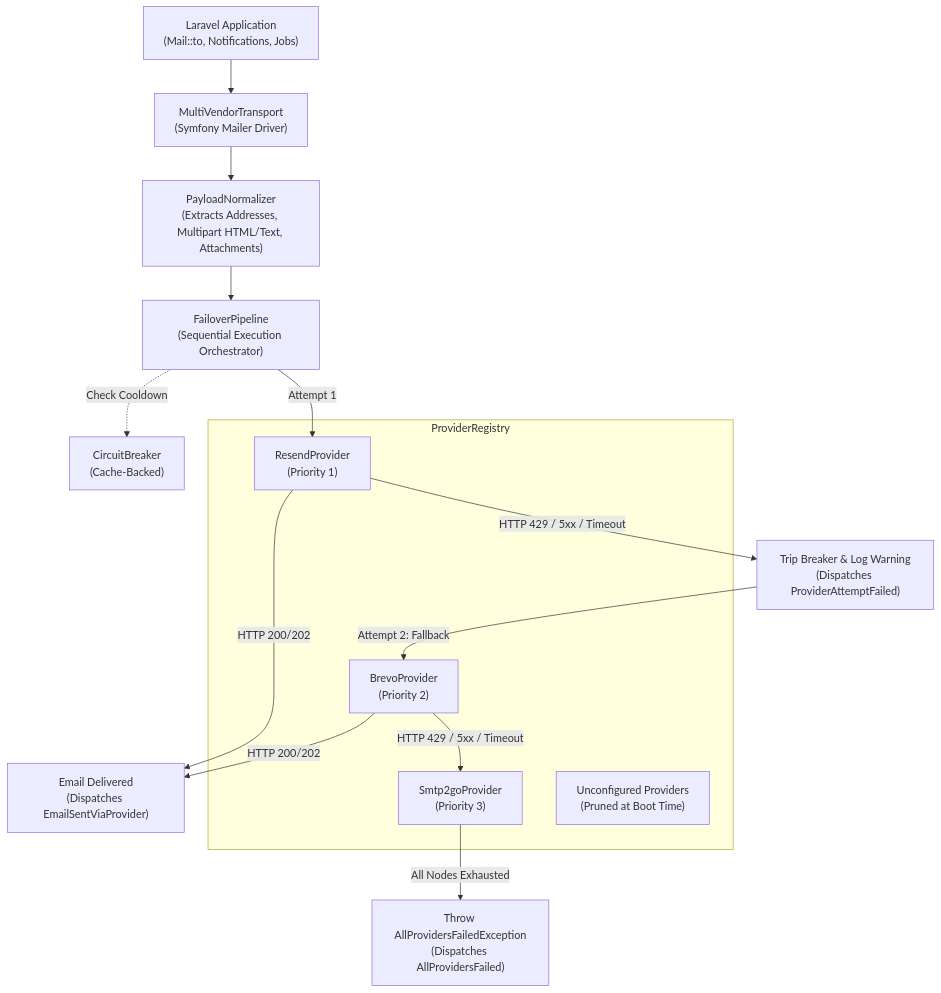
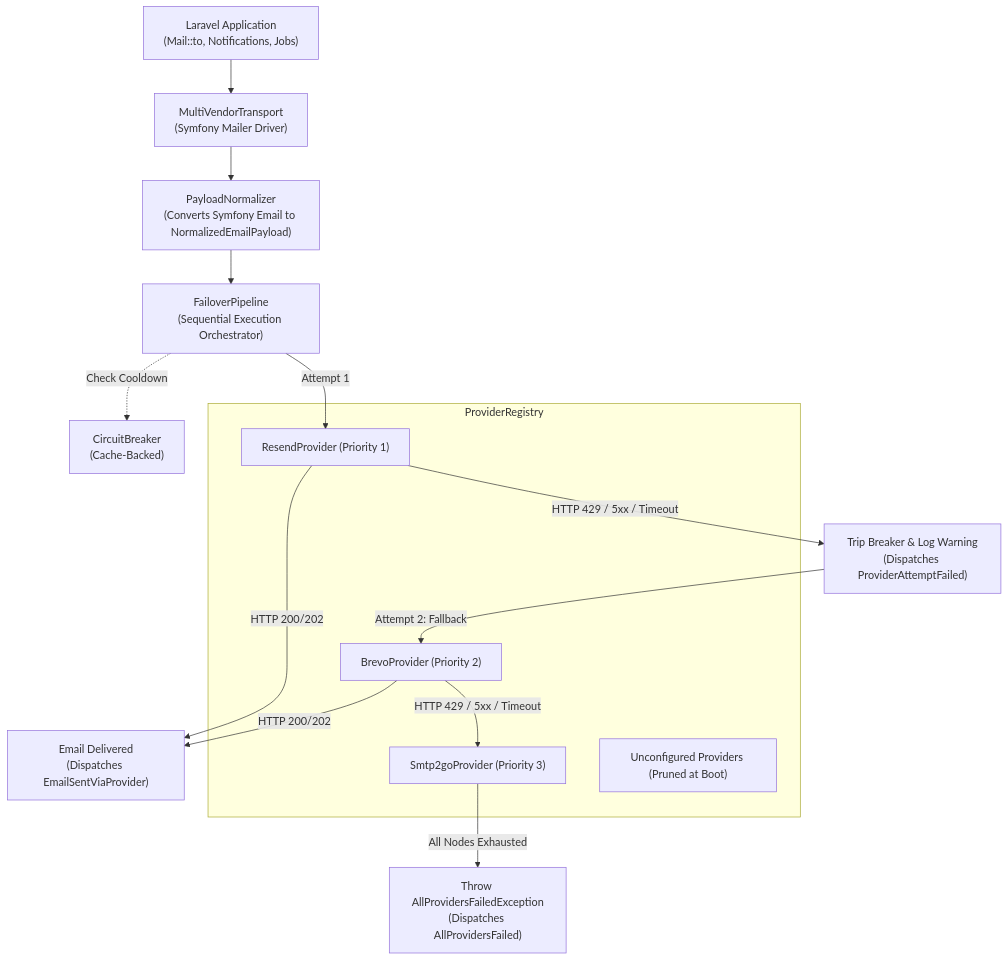
One commit to eudeka/laravel-mailer changed the first of 2 diagrams in README.md. Above: the diagram before and after it, drawn with Mermaid. The commit also changed other lines of this file, not shown here.

Commit message:
docs: update README with core architecture pillars and internal development guide

````diff
--- a/README.md
+++ b/README.md
@@ -86,25 +45,25 @@
 ```mermaid
 flowchart TD
     App["Laravel Application<br/>(Mail::to, Notifications, Jobs)"] --> Transport["MultiVendorTransport<br/>(Symfony Mailer Driver)"]
-    Transport --> Normalizer["PayloadNormalizer<br/>(Extracts Addresses, Multipart HTML/Text, Attachments)"]
+    Transport --> Normalizer["PayloadNormalizer<br/>(Converts Symfony Email to NormalizedEmailPayload)"]
     Normalizer --> Pipeline["FailoverPipeline<br/>(Sequential Execution Orchestrator)"]
     
     subgraph Registry["ProviderRegistry"]
-        P1["ResendProvider<br/>(Priority 1)"]
-        P2["BrevoProvider<br/>(Priority 2)"]
-        P3["Smtp2goProvider<br/>(Priority 3)"]
-        Pruned["Unconfigured Providers<br/>(Pruned at Boot Time)"]
+        P1["ResendProvider (Priority 1)"]
+        P2["BrevoProvider (Priority 2)"]
+        P3["Smtp2goProvider (Priority 3)"]
+        Pruned["Unconfigured Providers (Pruned at Boot)"]
     end
 
     Pipeline -.->|Check Cooldown| CB["CircuitBreaker<br/>(Cache-Backed)"]
     Pipeline -->|Attempt 1| P1
     
     P1 -->|HTTP 200/202| Sent["Email Delivered<br/>(Dispatches EmailSentViaProvider)"]
     P1 -->|HTTP 429 / 5xx / Timeout| Trip["Trip Breaker & Log Warning<br/>(Dispatches ProviderAttemptFailed)"]
     
     Trip -->|Attempt 2: Fallback| P2
     P2 -->|HTTP 200/202| Sent
     P2 -->|HTTP 429 / 5xx / Timeout| P3
     
     P3 -->|All Nodes Exhausted| ThrowError["Throw AllProvidersFailedException<br/>(Dispatches AllProvidersFailed)"]
 ```
````
